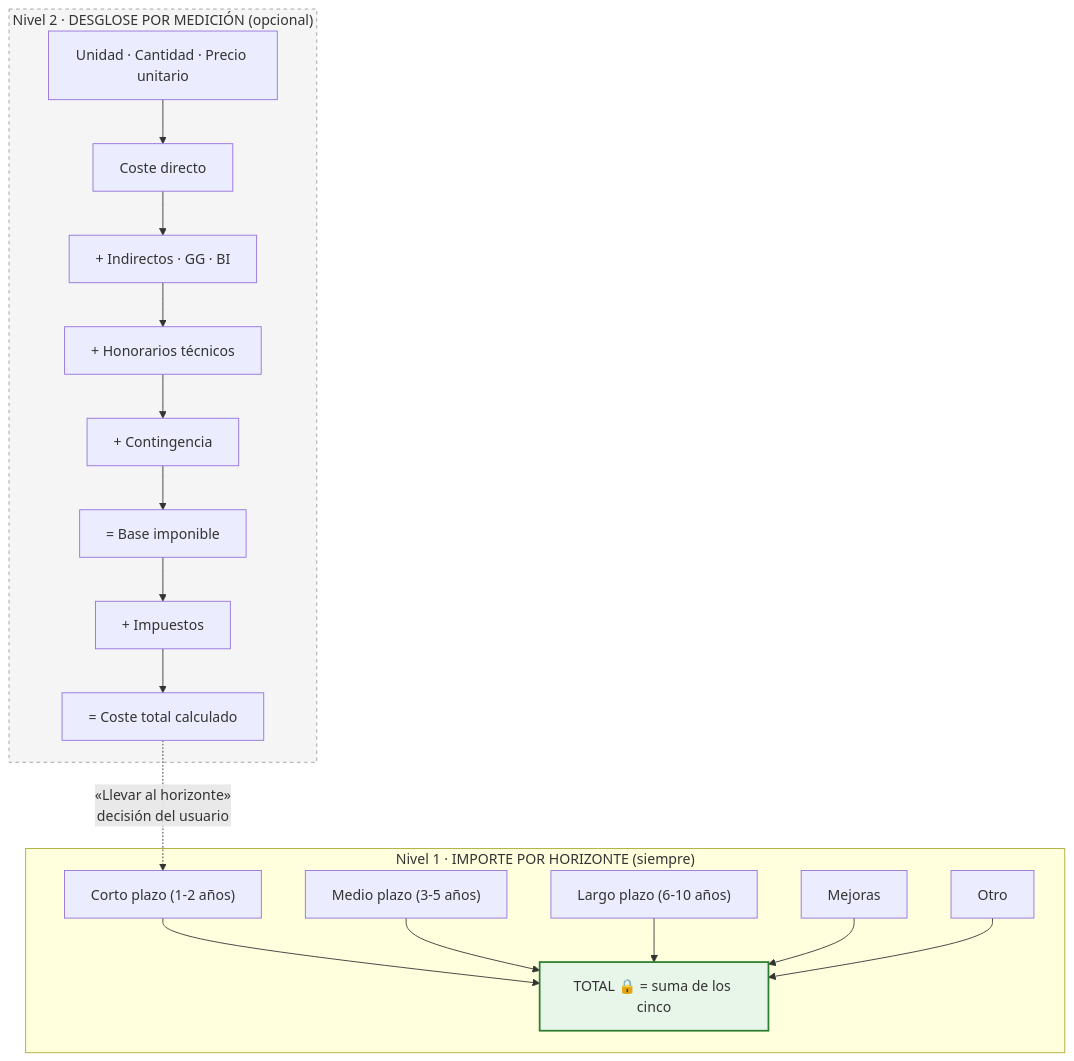
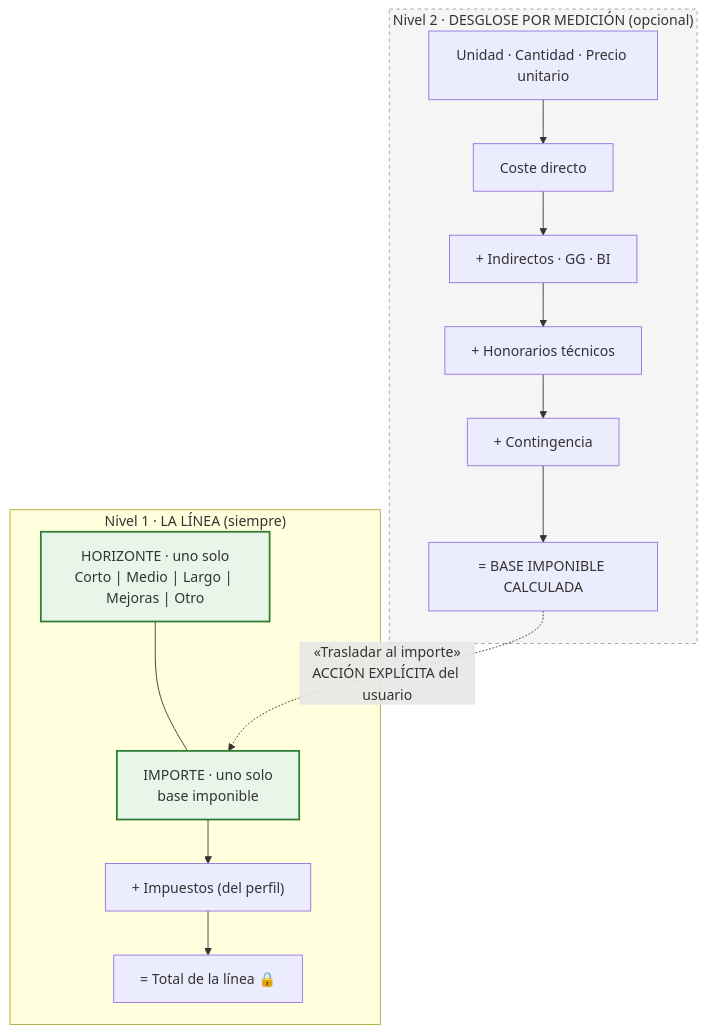
The first of 4 diagrams in docs/11-capex-precios.md (fercascos/PruebaTDD), drawn with Mermaid before and after one commit. The commit also changed other lines of this file and 13 other files, not shown here.

````diff
--- a/docs/11-capex-precios.md
+++ b/docs/11-capex-precios.md
@@ -25,29 +25,23 @@
 ```mermaid
 flowchart TD
     subgraph N2["Nivel 2 · DESGLOSE POR MEDICIÓN (opcional)"]
         A["Unidad · Cantidad · Precio unitario"] --> B["Coste directo"]
         B --> C["+ Indirectos · GG · BI"]
         C --> D["+ Honorarios técnicos"]
         D --> E["+ Contingencia"]
-        E --> F["= Base imponible"]
-        F --> G["+ Impuestos"]
-        G --> H["= Coste total calculado"]
+        E --> F["= BASE IMPONIBLE CALCULADA"]
     end
-    subgraph N1["Nivel 1 · IMPORTE POR HORIZONTE (siempre)"]
-        I["Corto plazo (1-2 años)"]
-        J["Medio plazo (3-5 años)"]
-        K["Largo plazo (6-10 años)"]
-        L["Mejoras"]
-        M["Otro"]
-        N["TOTAL 🔒 = suma de los cinco"]
-        I --> N
-        J --> N
-        K --> N
-        L --> N
-        M --> N
+    subgraph N1["Nivel 1 · LA LÍNEA (siempre)"]
+        H["HORIZONTE · uno solo<br/>Corto | Medio | Largo | Mejoras | Otro"]
+        I["IMPORTE · uno solo<br/>base imponible"]
+        J["+ Impuestos (del perfil)"]
+        K["= Total de la línea 🔒"]
+        H --- I
+        I --> J --> K
     end
-    H -.->|"«Llevar al horizonte»<br/>decisión del usuario"| I
+    F -.->|"«Trasladar al importe»<br/>ACCIÓN EXPLÍCITA del usuario"| I
 
-    style N fill:#e8f5e9,stroke:#2e7d32,stroke-width:2px
+    style I fill:#e8f5e9,stroke:#2e7d32,stroke-width:2px
+    style H fill:#e8f5e9,stroke:#2e7d32,stroke-width:2px
     style N2 fill:#f5f5f5,stroke:#9e9e9e,stroke-dasharray:4 4
 ```
````
